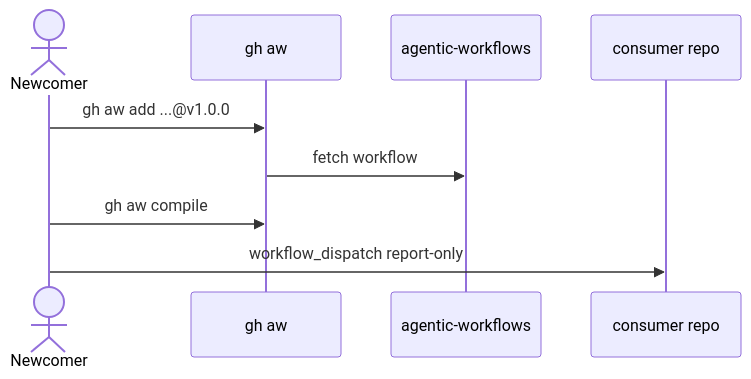
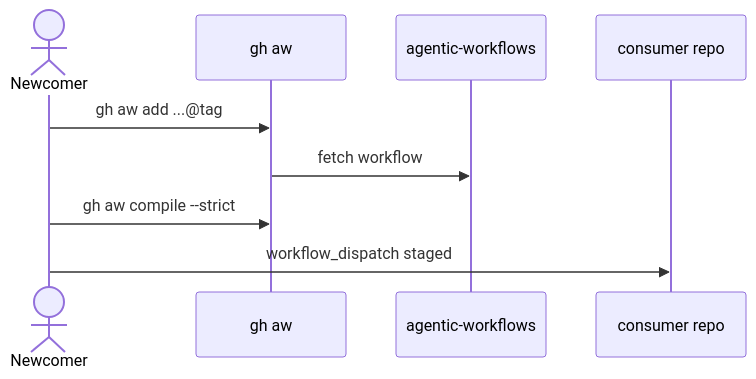
One commit to svennijhuis/agentic-workflows changed the diagram in docs/pbi/docs/D01-quick-start-consumer-guide.md. Above: the diagram before and after it, drawn with Mermaid. The commit also changed other lines of this file and 986 other files, not shown here.

Commit message:
Cleanup: trust gh aw compile --strict, keep POL25 and POL31 (#28)

````diff
--- a/docs/pbi/docs/D01-quick-start-consumer-guide.md
+++ b/docs/pbi/docs/D01-quick-start-consumer-guide.md
@@ -35,11 +36,11 @@
 ```mermaid
 sequenceDiagram
   actor Newcomer
   participant CLI as gh aw
   participant Cat as agentic-workflows
   participant R as consumer repo
-  Newcomer->>CLI: gh aw add ...@v1.0.0
+  Newcomer->>CLI: gh aw add ...@tag
   CLI->>Cat: fetch workflow
-  Newcomer->>CLI: gh aw compile
-  Newcomer->>R: workflow_dispatch report-only
+  Newcomer->>CLI: gh aw compile --strict
+  Newcomer->>R: workflow_dispatch staged
 ```
````
